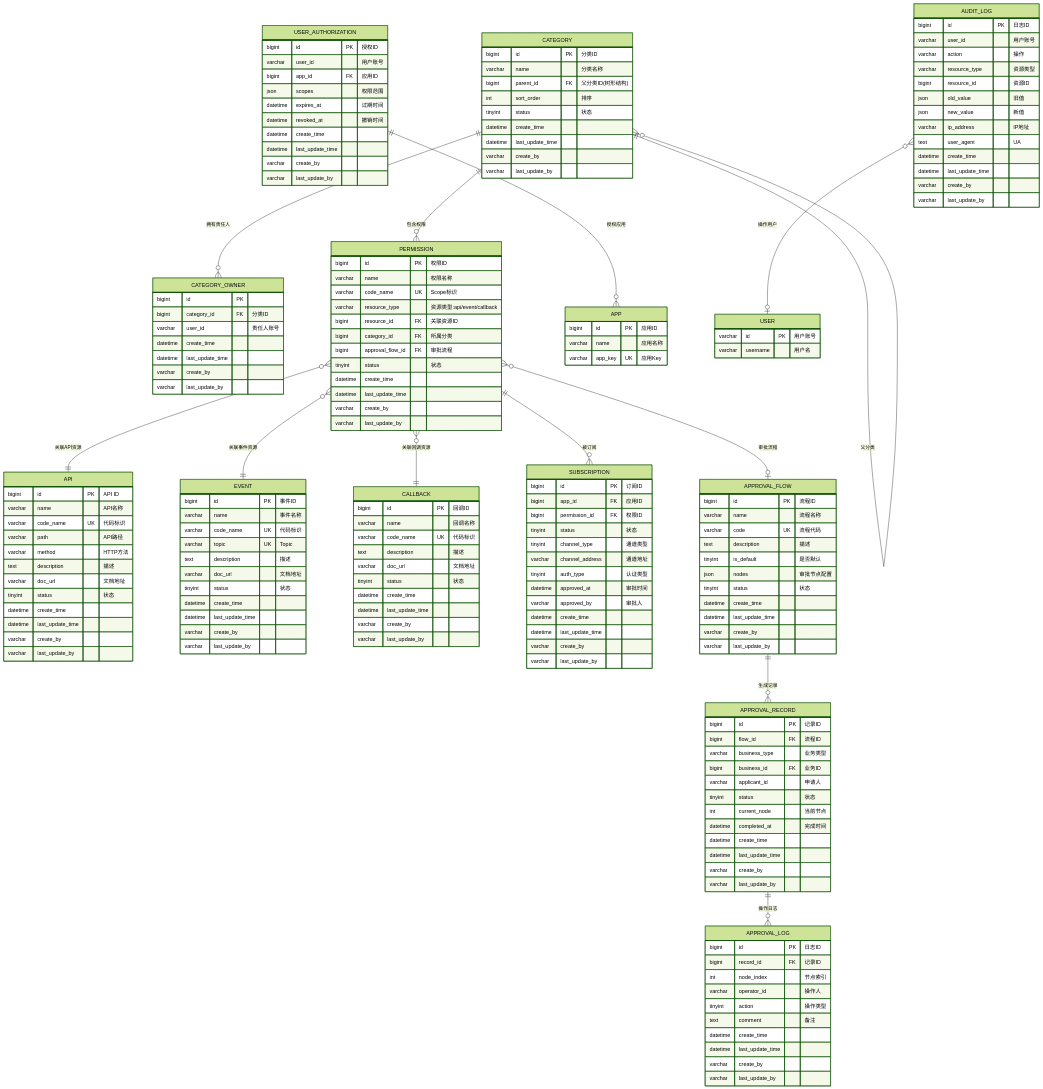
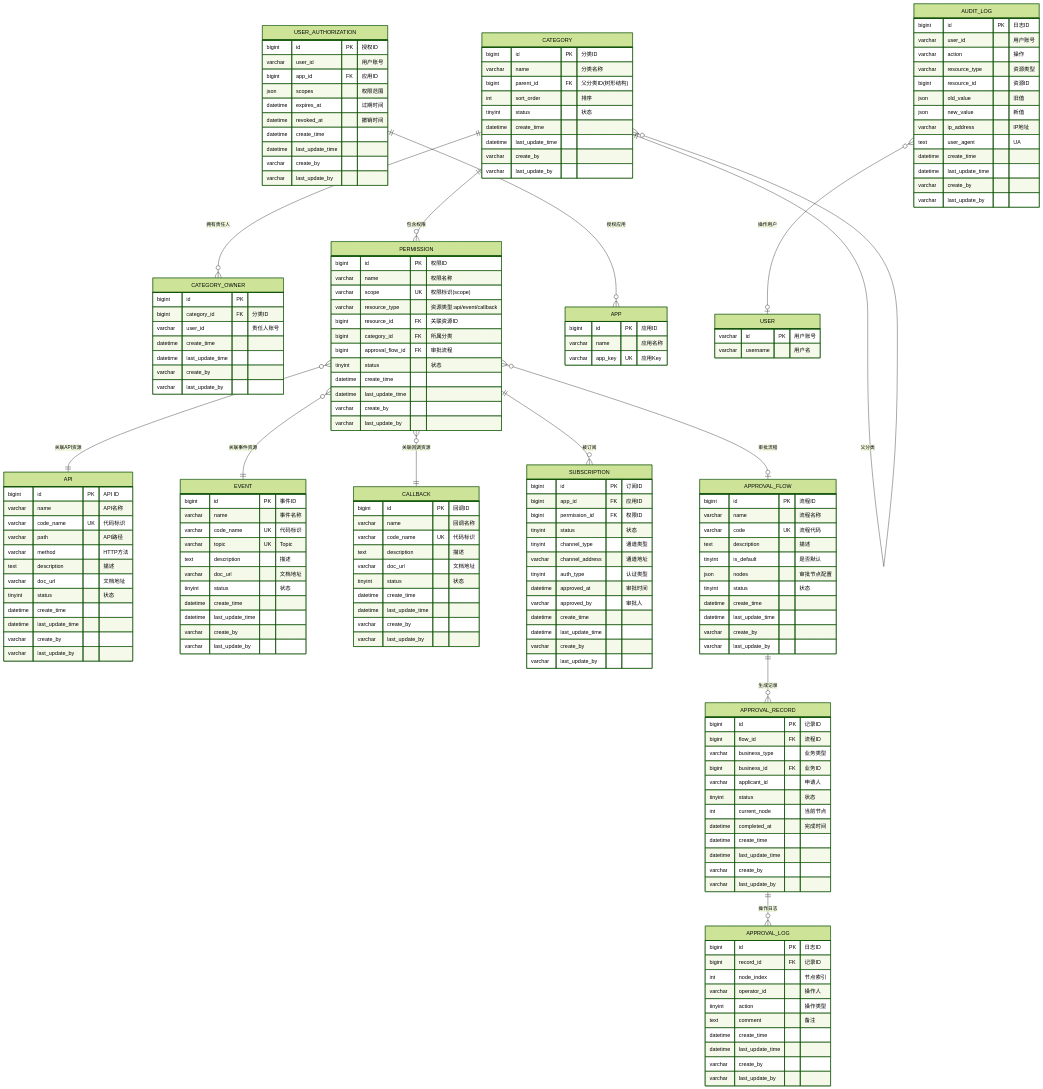
The sixth of 6 diagrams in .sddu/specs-tree-root/specs-tree-capability-open-platform/plan.md (THZSummer/open-app), drawn with Mermaid (forest theme) before and after one commit. The commit also changed other lines of this file, not shown here.

```diff
--- a/.sddu/specs-tree-root/specs-tree-capability-open-platform/plan.md
+++ b/.sddu/specs-tree-root/specs-tree-capability-open-platform/plan.md
@@ -623,7 +623,7 @@
     PERMISSION {
         bigint id PK "权限ID"
         varchar name "权限名称"
-        varchar code_name UK "Scope标识"
+        varchar scope UK "权限标识(scope)"
         varchar resource_type "资源类型:api/event/callback"
         bigint resource_id FK "关联资源ID"
         bigint category_id FK "所属分类"
```
